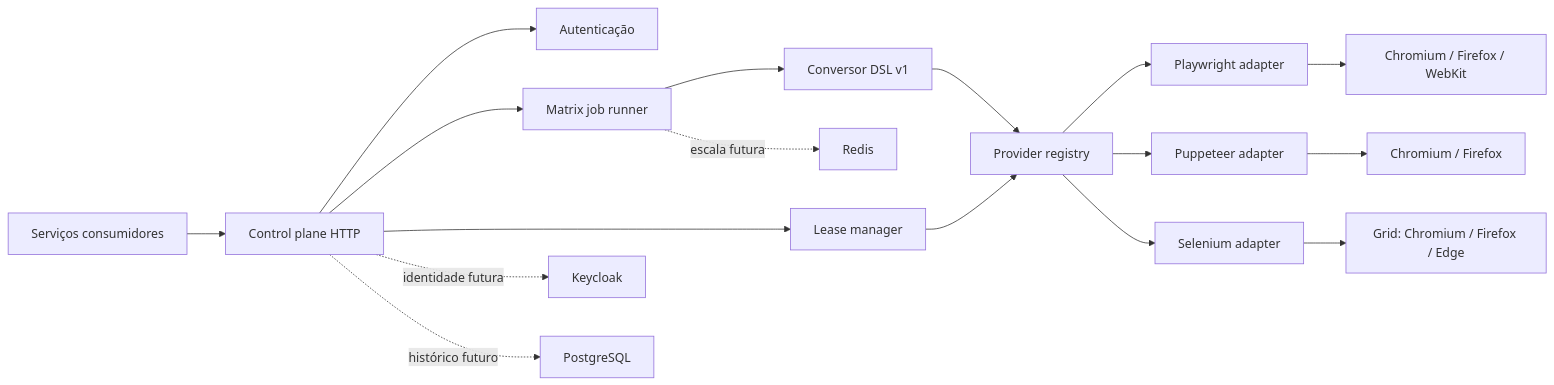
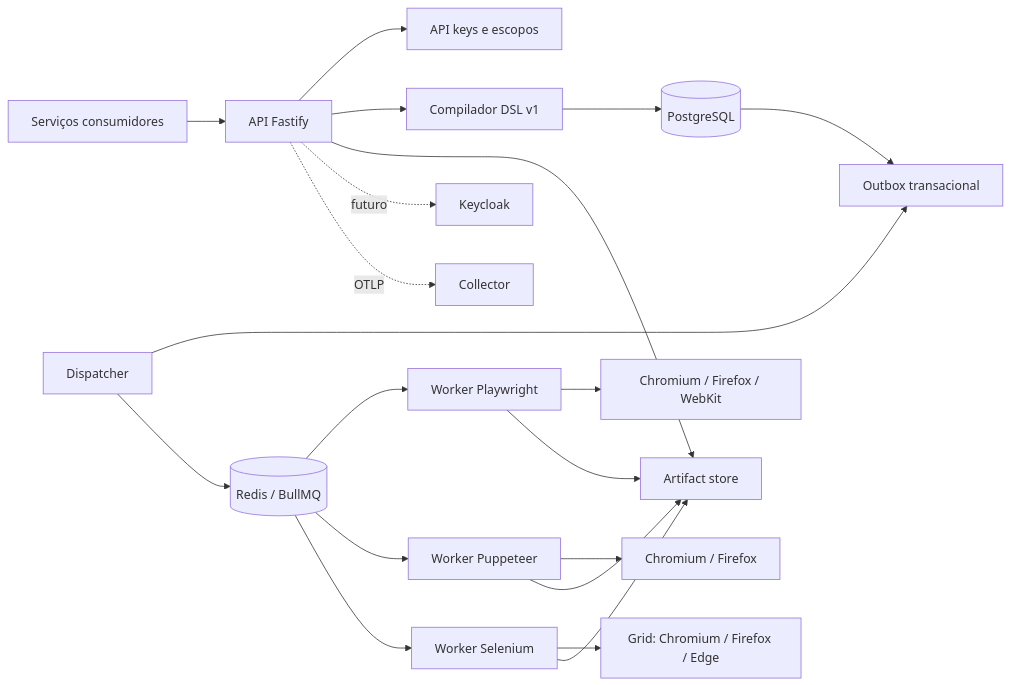
Before and after one commit to HenriqueBuzin/browser-automation-service: the diagram in docs/architecture.md, drawn with Mermaid. The commit also changed other lines of this file and 32 other files, not shown here.

````diff
--- a/docs/architecture.md
+++ b/docs/architecture.md
@@ -5,19 +5,22 @@
 ```mermaid
 flowchart LR
-    C["Serviços consumidores"] --> API["Control plane HTTP"]
-    API --> AUTH["Autenticação"]
-    API --> JOB["Matrix job runner"]
-    API --> LM["Lease manager"]
-    JOB --> CONV["Conversor DSL v1"]
-    CONV --> PR["Provider registry"]
-    LM --> PR
-    PR --> PW["Playwright adapter"]
-    PR --> PP["Puppeteer adapter"]
-    PR --> SE["Selenium adapter"]
-    PW --> B1["Chromium / Firefox / WebKit"]
-    PP --> B2["Chromium / Firefox"]
-    SE --> GRID["Grid: Chromium / Firefox / Edge"]
-    JOB -. "escala futura" .-> REDIS["Redis"]
-    API -. "identidade futura" .-> KC["Keycloak"]
-    API -. "histórico futuro" .-> PG["PostgreSQL"]
+    C["Serviços consumidores"] --> API["API Fastify"]
+    API --> AUTH["API keys e escopos"]
+    API --> COMP["Compilador DSL v1"]
+    COMP --> PG[("PostgreSQL")]
+    PG --> OUT["Outbox transacional"]
+    DISP["Dispatcher"] --> OUT
+    DISP --> REDIS[("Redis / BullMQ")]
+    REDIS --> WP["Worker Playwright"]
+    REDIS --> WPP["Worker Puppeteer"]
+    REDIS --> WS["Worker Selenium"]
+    WP --> B1["Chromium / Firefox / WebKit"]
+    WPP --> B2["Chromium / Firefox"]
+    WS --> GRID["Grid: Chromium / Firefox / Edge"]
+    WP --> ART["Artifact store"]
+    WPP --> ART
+    WS --> ART
+    API --> ART
+    API -. "futuro" .-> KC["Keycloak"]
+    API -. "OTLP" .-> OBS["Collector"]
 ```
````
